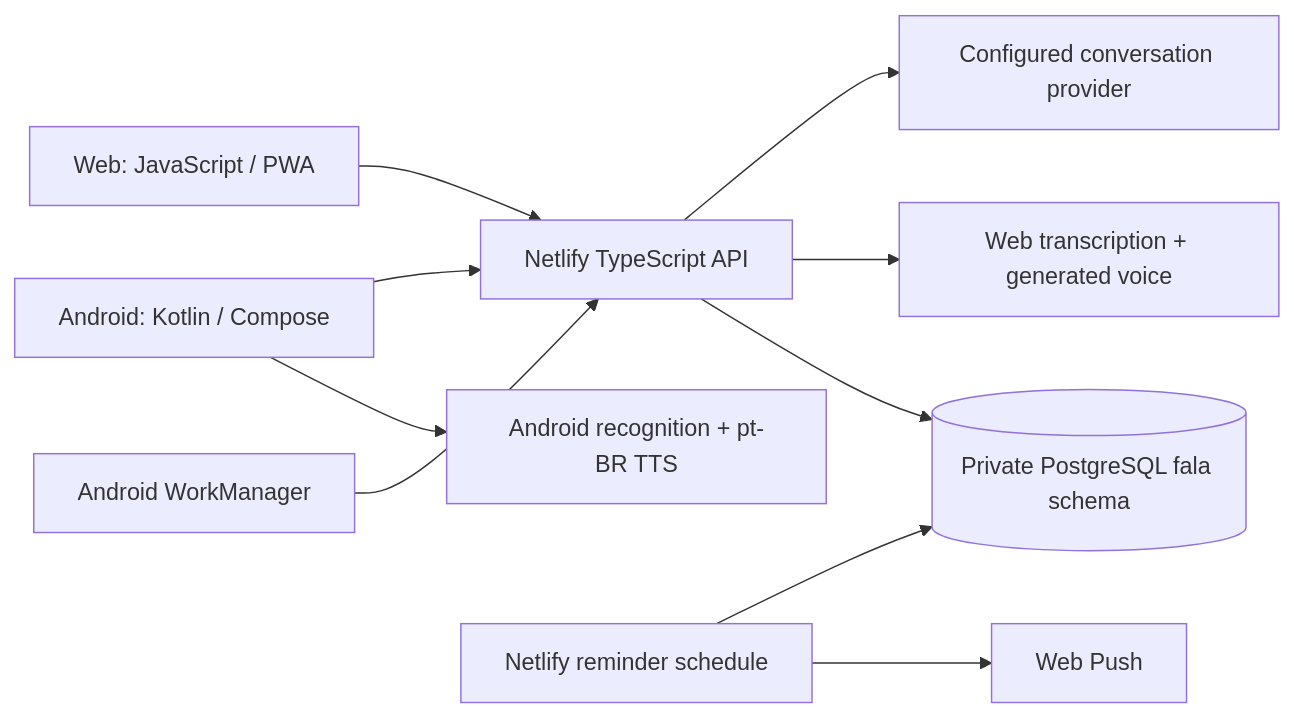
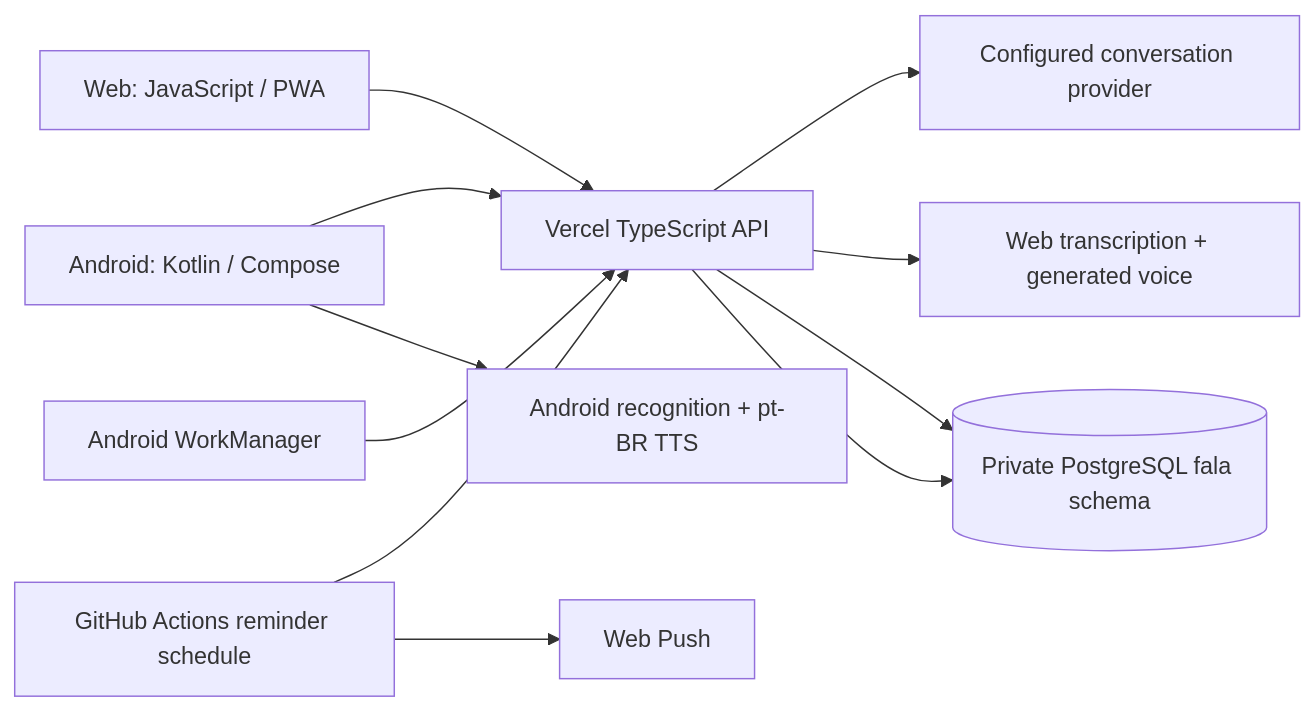
Before and after one commit to gdarmon/SpeechApp: the diagram in docs/agent-handoff.md, drawn with Mermaid. The commit also changed other lines of this file and 13 other files, not shown here.

````diff
--- a/docs/agent-handoff.md
+++ b/docs/agent-handoff.md
@@ -15,12 +15,13 @@
 ```mermaid
 flowchart LR
-  Android[Android: Kotlin / Compose] --> API[Netlify TypeScript API]
+  Android[Android: Kotlin / Compose] --> API[Vercel TypeScript API]
   Browser[Web: JavaScript / PWA] --> API
   Android --> NativeSpeech[Android recognition + pt-BR TTS]
   API --> Coach[Configured conversation provider]
   API --> Audio[Web transcription + generated voice]
   API --> DB[(Private PostgreSQL fala schema)]
-  Scheduler[Netlify reminder schedule] --> DB
+  Scheduler[GitHub Actions reminder schedule] --> API
+  API --> DB
   Scheduler --> Push[Web Push]
   Worker[Android WorkManager] --> API
 ```
````
